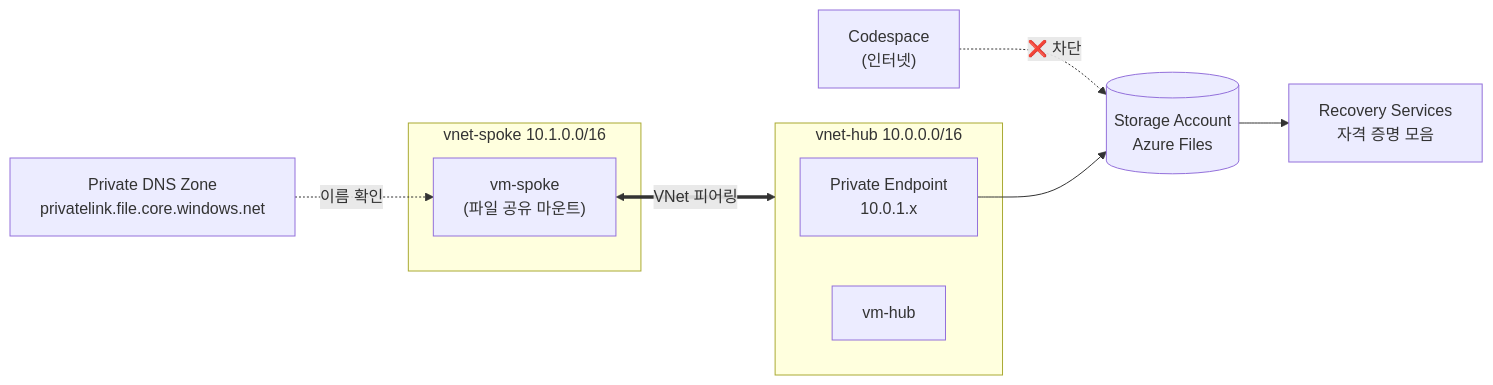
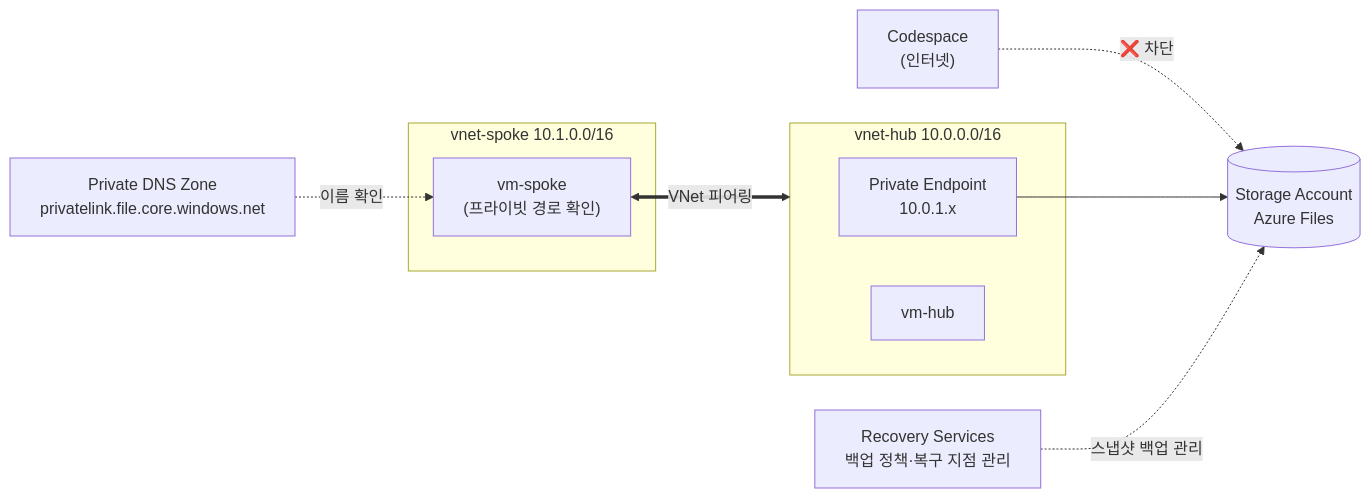
One commit to Taeyangmoon/azure-private-net-data-lab changed the diagram in README.md. Above: the diagram before and after it, drawn with Mermaid. The commit also changed other lines of this file and 21 other files, not shown here.

````diff
--- a/README.md
+++ b/README.md
@@ -14,15 +16,15 @@
 ```mermaid
 flowchart LR
   CS["Codespace<br/>(인터넷)"] -. "❌ 차단" .-> SA
   subgraph Hub["vnet-hub 10.0.0.0/16"]
     PE["Private Endpoint<br/>10.0.1.x"]
     VH["vm-hub"]
   end
   subgraph Spoke["vnet-spoke 10.1.0.0/16"]
-    VS["vm-spoke<br/>(파일 공유 마운트)"]
+    VS["vm-spoke<br/>(프라이빗 경로 확인)"]
   end
   VS <== "VNet 피어링" ==> Hub
   PE --> SA[("Storage Account<br/>Azure Files")]
-  SA --> RSV["Recovery Services<br/>자격 증명 모음"]
+  RSV["Recovery Services<br/>백업 정책·복구 지점 관리"] -. "스냅샷 백업 관리" .-> SA
   DNS["Private DNS Zone<br/>privatelink.file.core.windows.net"] -. "이름 확인" .-> VS
 ```
````
